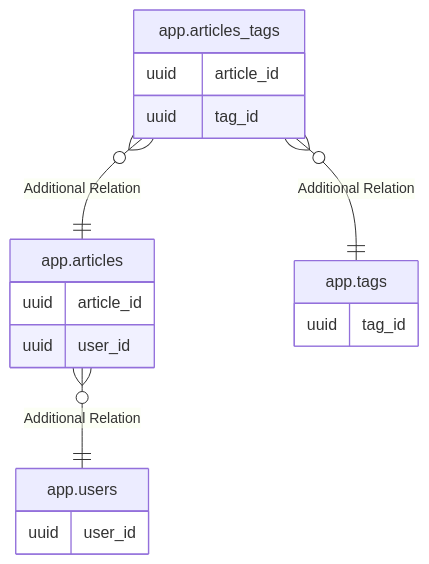
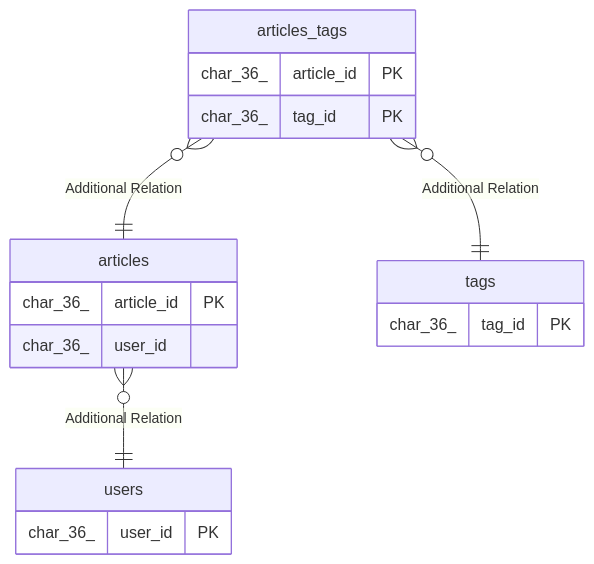
Before and after one commit to shuntaka9576/shuntaka-dev: the diagram in docs/source/db/README.md, drawn with Mermaid. The commit also changed other lines of this file and 13 other files, not shown here.

````diff
--- a/docs/source/db/README.md
+++ b/docs/source/db/README.md
@@ -14,22 +14,22 @@
 ```mermaid
 erDiagram
 
-"app.articles" }o--|| "app.users" : "Additional Relation"
-"app.articles_tags" }o--|| "app.articles" : "Additional Relation"
-"app.articles_tags" }o--|| "app.tags" : "Additional Relation"
+"articles" }o--|| "users" : "Additional Relation"
+"articles_tags" }o--|| "articles" : "Additional Relation"
+"articles_tags" }o--|| "tags" : "Additional Relation"
 
-"app.users" {
-  uuid user_id
+"articles" {
+  char_36_ article_id PK
+  char_36_ user_id
 }
-"app.tags" {
-  uuid tag_id
+"articles_tags" {
+  char_36_ article_id PK
+  char_36_ tag_id PK
 }
-"app.articles" {
-  uuid article_id
-  uuid user_id
+"users" {
+  char_36_ user_id PK
 }
-"app.articles_tags" {
-  uuid article_id
-  uuid tag_id
+"tags" {
+  char_36_ tag_id PK
 }
 ```
````
